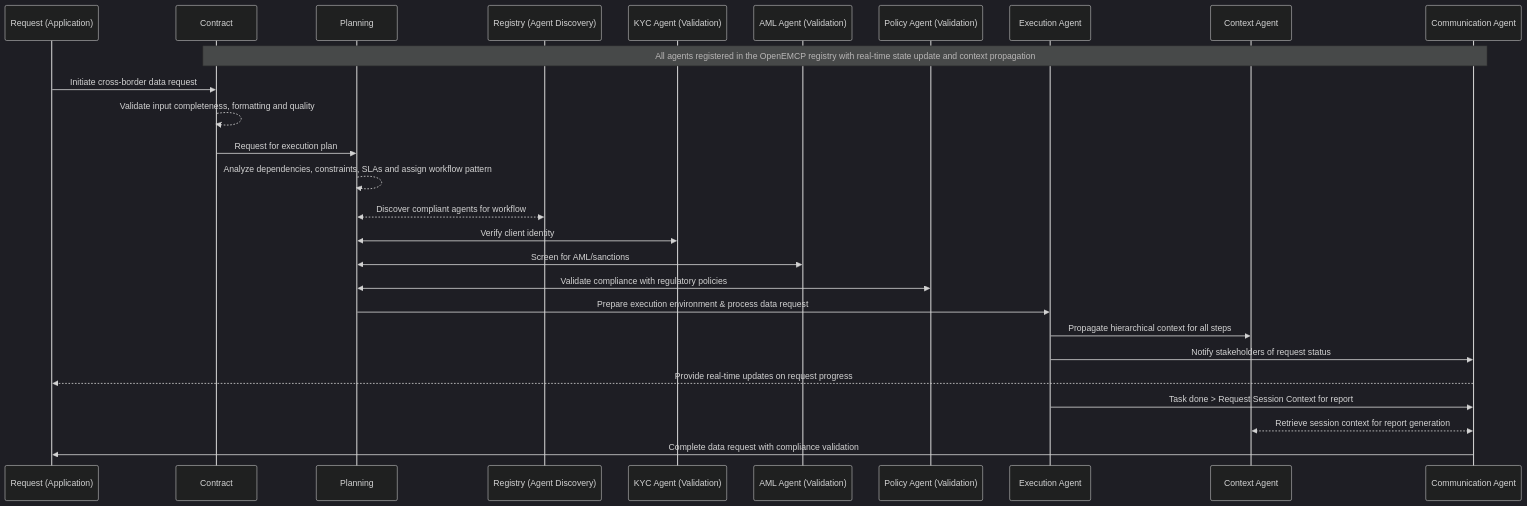
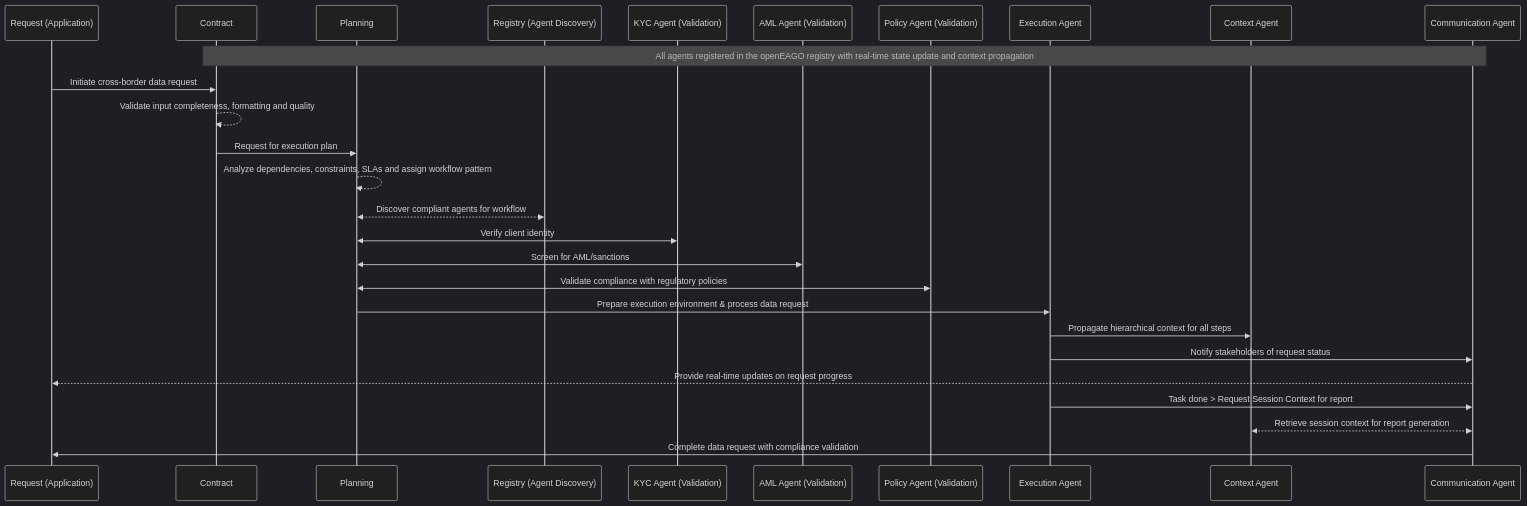
Before and after one commit to finos-labs/open-eago: the diagram in docs/overview/architecture.md, drawn with Mermaid (dark theme). The commit also changed other lines of this file and 39 other files, not shown here.

````diff
--- a/docs/overview/architecture.md
+++ b/docs/overview/architecture.md
@@ -281,31 +281,31 @@
 ```mermaid
 sequenceDiagram
     participant Client as Request (Application)
     participant Contract as Contract
     participant Planner as Planning
     participant Registry as Registry (Agent Discovery)
     participant KYC as KYC Agent (Validation)
     participant AML as AML Agent (Validation)
     participant Policy as Policy Agent (Validation)
     participant Execution as Execution Agent
     participant Context as Context Agent
     participant Communication as Communication Agent
 
-        Note over Contract, Communication: All agents registered in the OpenEMCP registry with real-time state update and context propagation
+        Note over Contract, Communication: All agents registered in the openEAGO registry with real-time state update and context propagation
 
     Client->>Contract: Initiate cross-border data request
     Contract-->>Contract: Validate input completeness, formatting and quality
     Contract->>Planner: Request for execution plan
     Planner-->>Planner: Analyze dependencies, constraints, SLAs and assign workflow pattern
     Planner<<-->>Registry: Discover compliant agents for workflow
     Planner<<->>KYC: Verify client identity
     Planner<<->>AML: Screen for AML/sanctions
     Planner<<->>Policy: Validate compliance with regulatory policies
     Planner->>Execution: Prepare execution environment & process data request
     Execution->>Context: Propagate hierarchical context for all steps
     Execution->>Communication: Notify stakeholders of request status
     Communication-->>Client: Provide real-time updates on request progress
     Execution->>Communication: Task done > Request Session Context for report
     Communication<<-->>Context: Retrieve session context for report generation
     Communication->>Client: Complete data request with compliance validation
 ```
````
